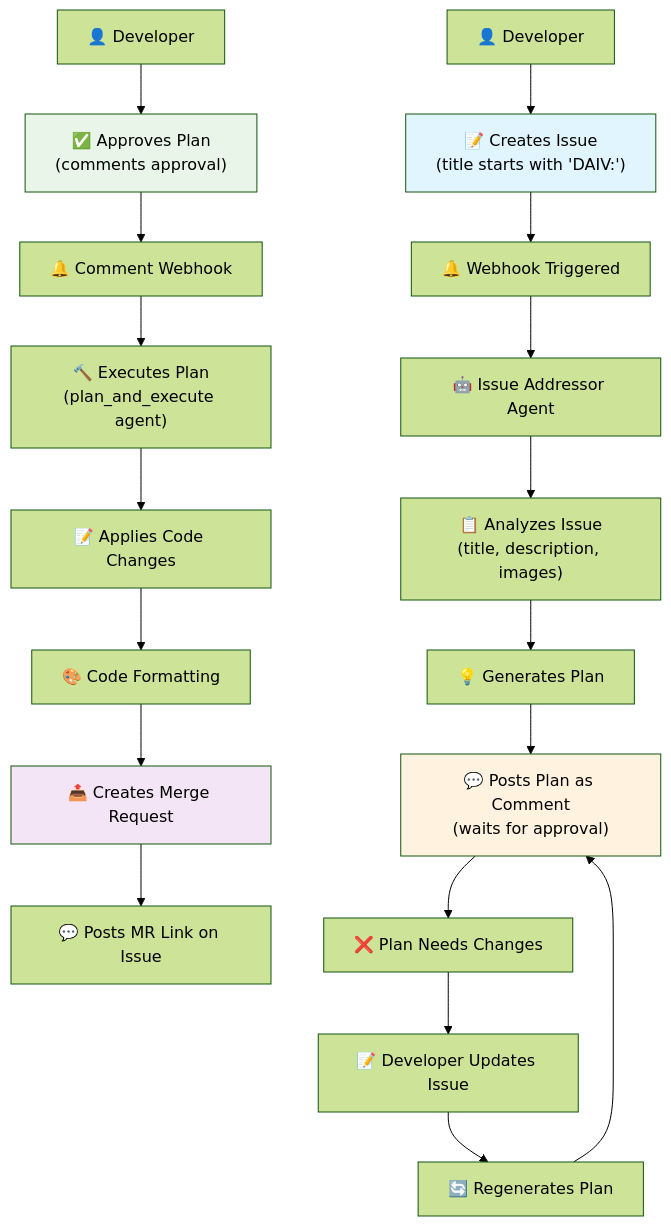
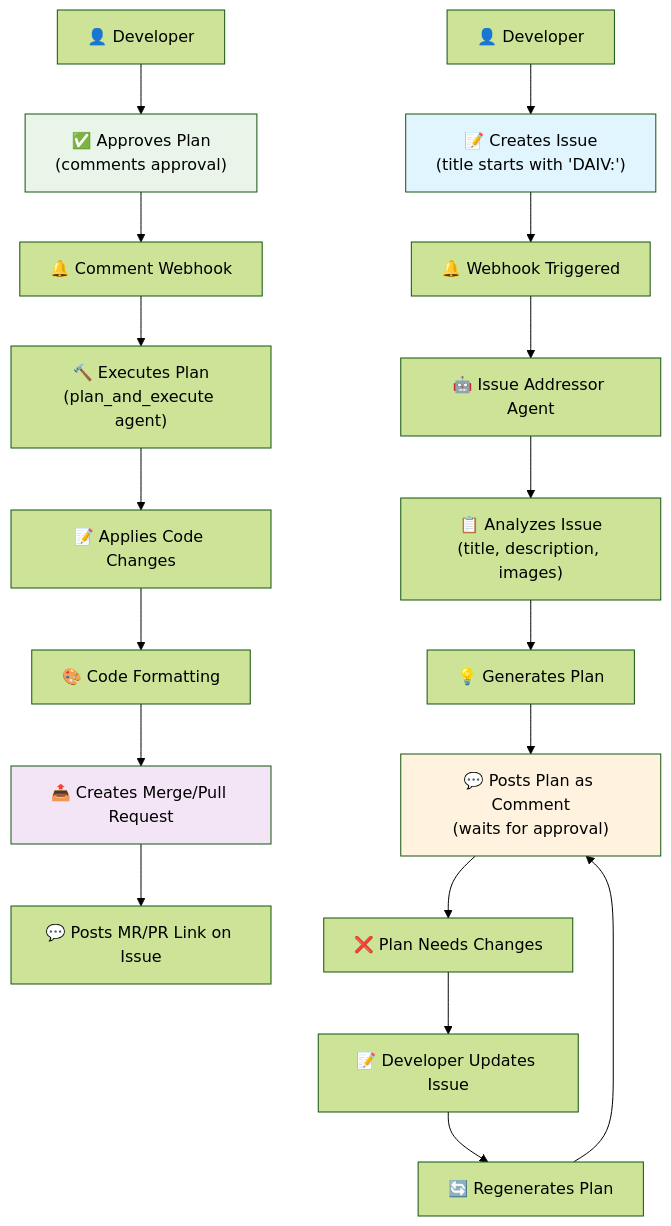
The diagram in docs/features/issue-addressor.md (srtab/daiv), drawn with Mermaid (forest theme) before and after one commit. The commit also changed other lines of this file and 8 other files, not shown here.

````diff
--- a/docs/features/issue-addressor.md
+++ b/docs/features/issue-addressor.md
@@ -34,27 +34,27 @@
 ```mermaid
 graph TD
     A["👤 Developer"] --> B["📝 Creates Issue<br/>(title starts with 'DAIV:')"]
     B --> C["🔔 Webhook Triggered"]
     C --> D["🤖 Issue Addressor Agent"]
     D --> E["📋 Analyzes Issue<br/>(title, description, images)"]
     E --> F["💡 Generates Plan"]
     F --> G["💬 Posts Plan as Comment<br/>(waits for approval)"]
 
     H["👤 Developer"] --> I["✅ Approves Plan<br/>(comments approval)"]
     I --> J["🔔 Comment Webhook"]
     J --> K["🔨 Executes Plan<br/>(plan_and_execute agent)"]
     K --> L["📝 Applies Code Changes"]
     L --> M["🎨 Code Formatting"]
-    M --> N["📤 Creates Merge Request"]
-    N --> O["💬 Posts MR Link on Issue"]
+    M --> N["📤 Creates Merge/Pull Request"]
+    N --> O["💬 Posts MR/PR Link on Issue"]
 
     G --> P["❌ Plan Needs Changes"]
     P --> Q["📝 Developer Updates Issue"]
     Q --> R["🔄 Regenerates Plan"]
     R --> G
 
     style B fill:#e1f5fe
     style G fill:#fff3e0
     style I fill:#e8f5e8
     style N fill:#f3e5f5
 ```
````
